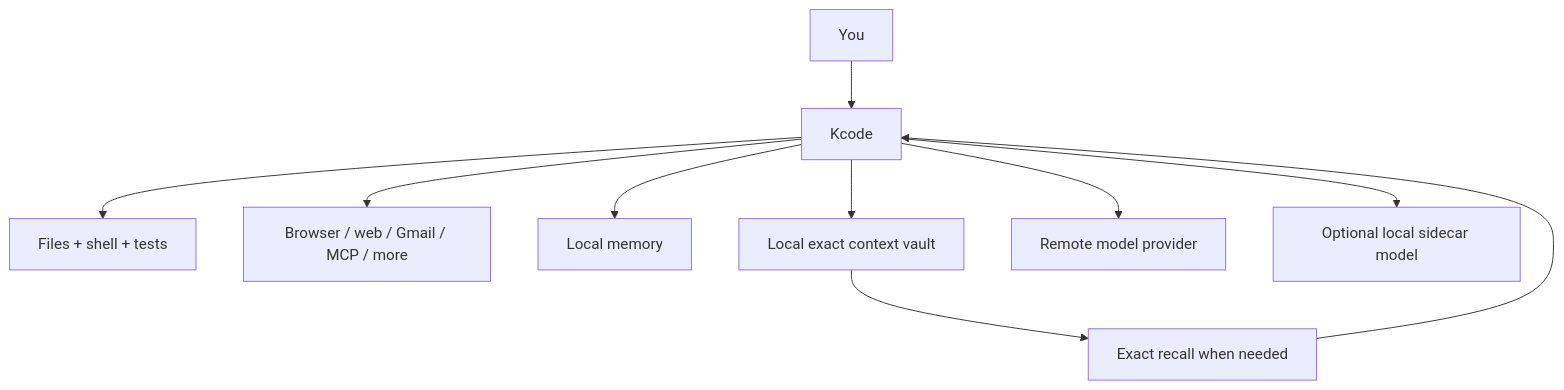
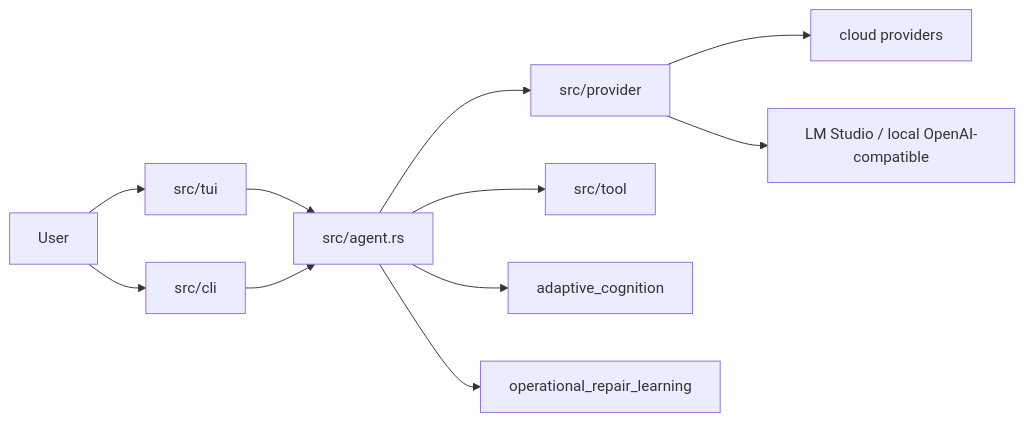
The diagram in README.md (icedmoca/neura), drawn with Mermaid before and after one commit. The commit also changed other lines of this file and 7 other files, not shown here.

Commit message:
Reconstruct architecture documentation

````diff
--- a/README.md
+++ b/README.md
@@ -52,12 +20,13 @@
 ```mermaid
-flowchart TD
-    User[You] --> K[Kcode]
-    K --> Files[Files + shell + tests]
-    K --> Tools[Browser / web / Gmail / MCP / more]
-    K --> Memory[Local memory]
-    K --> Vault[Local exact context vault]
-    K --> Model[Remote model provider]
-    K --> Sidecar[Optional local sidecar model]
-    Vault --> Recall[Exact recall when needed]
-    Recall --> K
+flowchart LR
+    User --> TUI[src/tui]
+    User --> CLI[src/cli]
+    TUI --> Agent[src/agent.rs]
+    CLI --> Agent
+    Agent --> Providers[src/provider]
+    Agent --> Tools[src/tool]
+    Agent --> Memory[adaptive_cognition]
+    Agent --> Repair[operational_repair_learning]
+    Providers --> Cloud[cloud providers]
+    Providers --> Local[LM Studio / local OpenAI-compatible]
 ```
````
